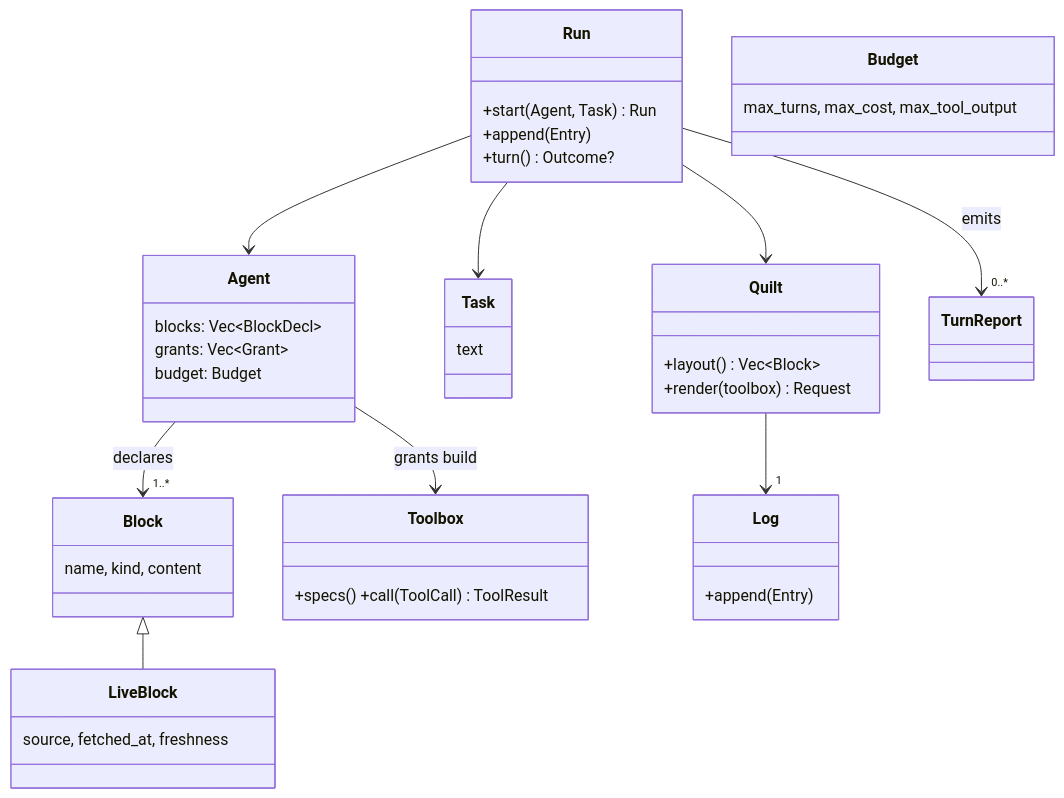
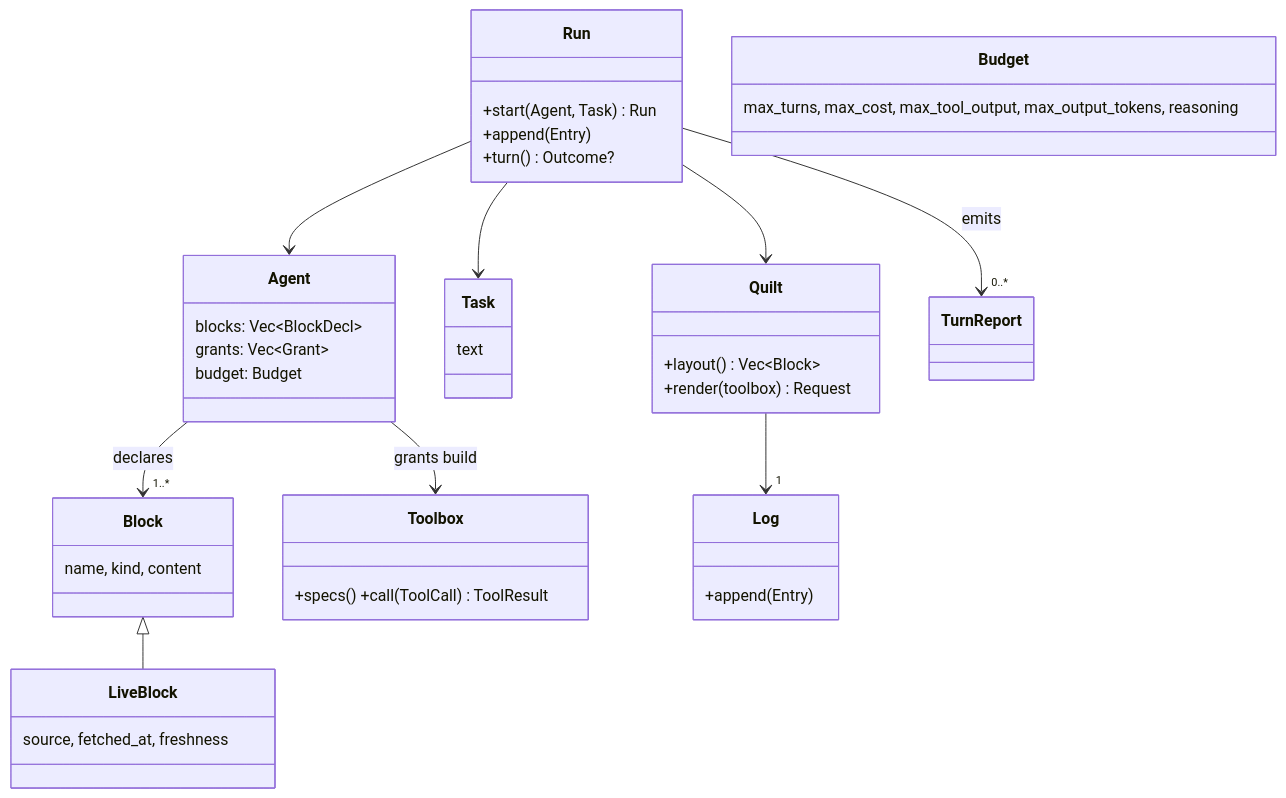
One commit to reccles/fussycat changed the second of 4 diagrams in context/domain-design.spec.md. Above: the diagram before and after it, drawn with Mermaid. The commit also changed other lines of this file and 13 other files, not shown here.

````diff
--- a/context/domain-design.spec.md
+++ b/context/domain-design.spec.md
@@ -62,32 +62,32 @@
 ```mermaid
 classDiagram
     class Agent {
         blocks: Vec~BlockDecl~
         grants: Vec~Grant~
         budget: Budget
     }
     class Task { text }
     class Run {
         +start(Agent, Task) Run
         +append(Entry)
         +turn() Outcome?
     }
     class Quilt {
         +layout() Vec~Block~
         +render(toolbox) Request
     }
     class Block { name, kind, content }
     class LiveBlock { source, fetched_at, freshness }
     class Log { +append(Entry) }
     class Toolbox { +specs() +call(ToolCall) ToolResult }
-    class Budget { max_turns, max_cost, max_tool_output }
+    class Budget { max_turns, max_cost, max_tool_output, max_output_tokens, reasoning }
     class TurnReport
     Agent --> "1..*" Block : declares
     Agent --> Toolbox : grants build
     Run --> Agent
     Run --> Task
     Run --> Quilt
     Run --> "0..*" TurnReport : emits
     Quilt --> "1" Log
     Block <|-- LiveBlock
 ```
````
